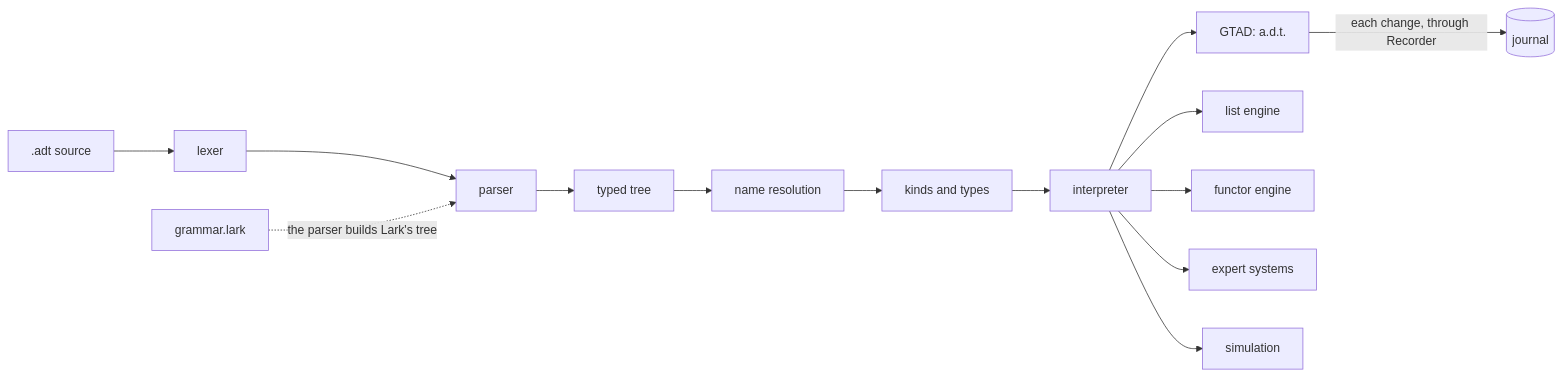
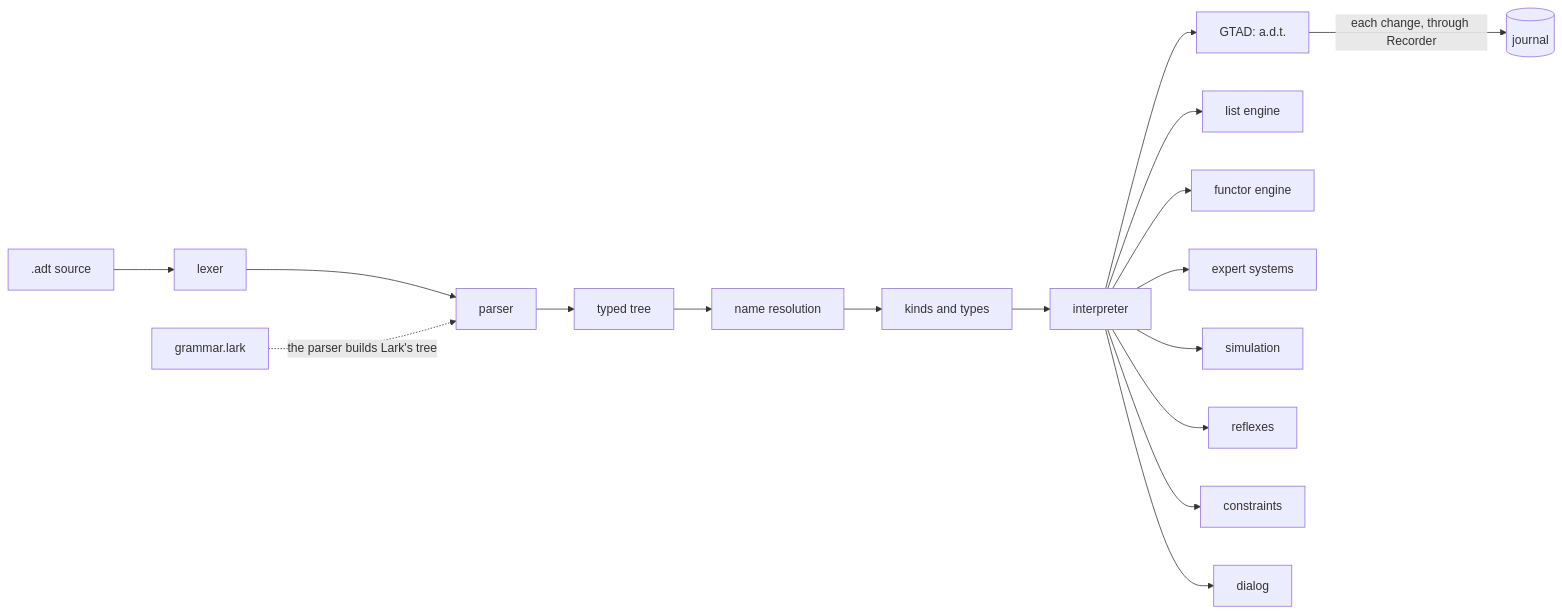
The first of 2 diagrams in README.md (nrdufour/embryo-systems), drawn with Mermaid before and after one commit. The commit also changed other lines of this file and 23 other files, not shown here.

````diff
--- a/README.md
+++ b/README.md
@@ -70,13 +71,16 @@
 ```mermaid
 flowchart LR
     src[".adt source"] --> lexer --> parser --> lower["typed tree"]
     lower --> names["name resolution"] --> types["kinds and types"]
     types --> interp[interpreter]
     interp --> gtad["GTAD: a.d.t."]
     interp --> lists["list engine"]
     interp --> functors["functor engine"]
     interp --> rules["expert systems"]
     interp --> sim["simulation"]
+    interp --> reflexes["reflexes"]
+    interp --> constraints["constraints"]
+    interp --> dialog["dialog"]
     gtad -- "each change, through Recorder" --> journal[(journal)]
     grammar["grammar.lark"] -. "the parser builds Lark's tree" .-> parser
 ```
````
